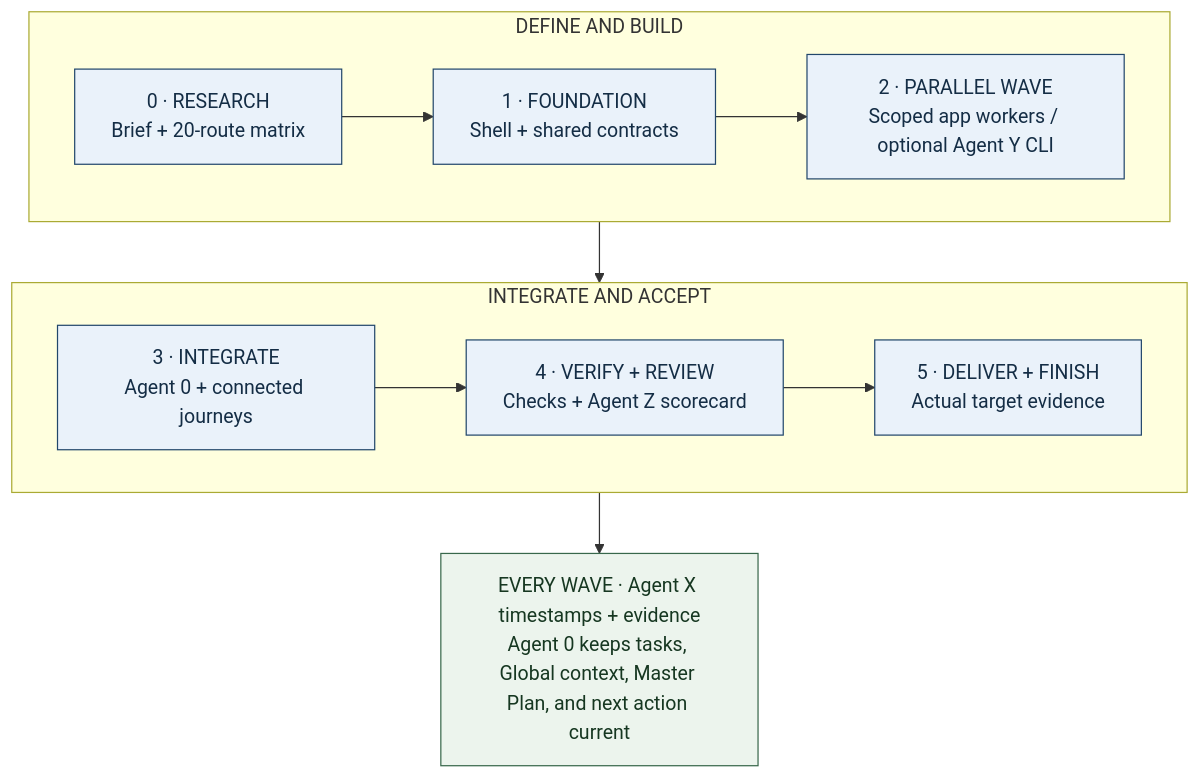
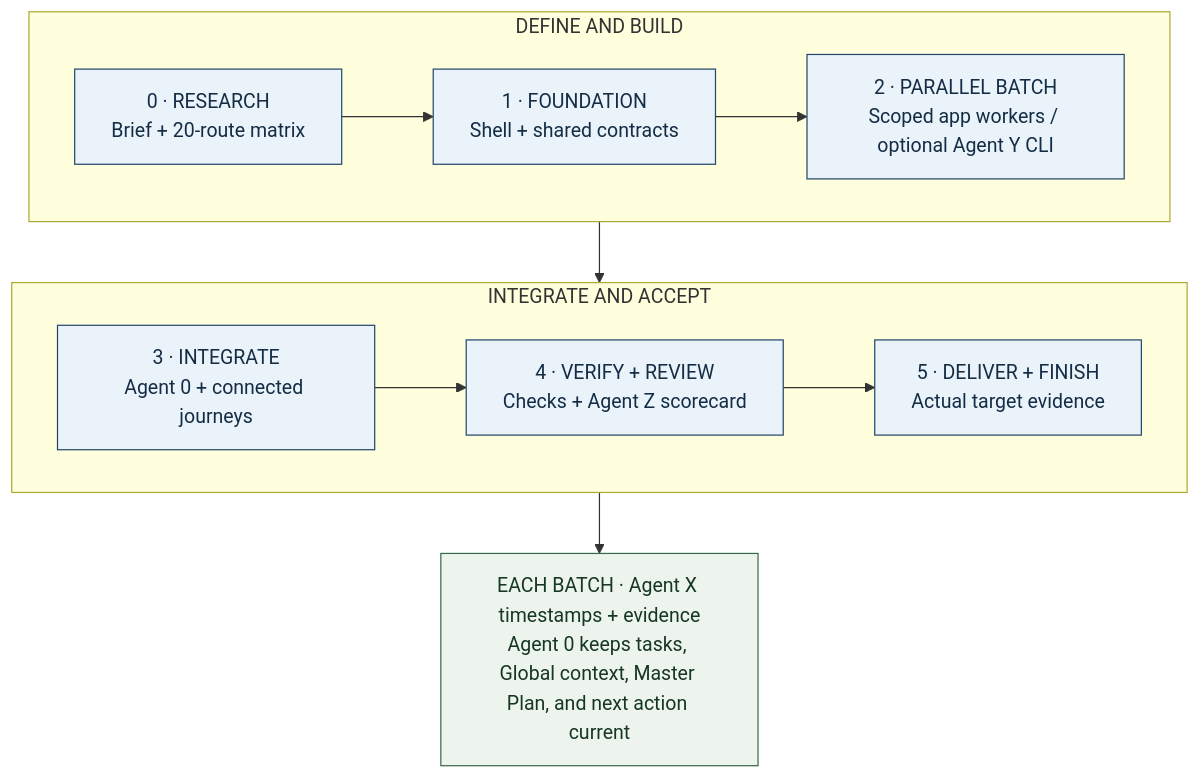
Before and after one commit to WayneTechLab/dotSYSTEMX: the diagram in .SYSTEMX/docs/ONE-SHOT-PROJECT.md, drawn with Mermaid. The commit also changed other lines of this file and 40 other files, not shown here.

````diff
--- a/.SYSTEMX/docs/ONE-SHOT-PROJECT.md
+++ b/.SYSTEMX/docs/ONE-SHOT-PROJECT.md
@@ -3,19 +3,19 @@
 ```mermaid
 flowchart TB
   subgraph Prepare["DEFINE AND BUILD"]
     direction LR
     R["0 · RESEARCH<br/>Brief + 20-route matrix"] --> F["1 · FOUNDATION<br/>Shell + shared contracts"]
-    F --> P["2 · PARALLEL WAVE<br/>Scoped app workers / optional Agent Y CLI"]
+    F --> P["2 · PARALLEL BATCH<br/>Scoped app workers / optional Agent Y CLI"]
   end
   subgraph Complete["INTEGRATE AND ACCEPT"]
     direction LR
     I["3 · INTEGRATE<br/>Agent 0 + connected journeys"] --> V["4 · VERIFY + REVIEW<br/>Checks + Agent Z scorecard"]
     V --> D["5 · DELIVER + FINISH<br/>Actual target evidence"]
   end
   Prepare --> Complete
-  Complete --> Record["EVERY WAVE · Agent X timestamps + evidence<br/>Agent 0 keeps tasks, Global context, Master Plan, and next action current"]
+  Complete --> Record["EACH BATCH · Agent X timestamps + evidence<br/>Agent 0 keeps tasks, Global context, Master Plan, and next action current"]
   classDef phase fill:#EAF2FA,stroke:#22476B,color:#142D45
   classDef role fill:#ECF4ED,stroke:#38674B,color:#163721
   class R,F,P,I,V,D phase
   class Record role
 ```
````
